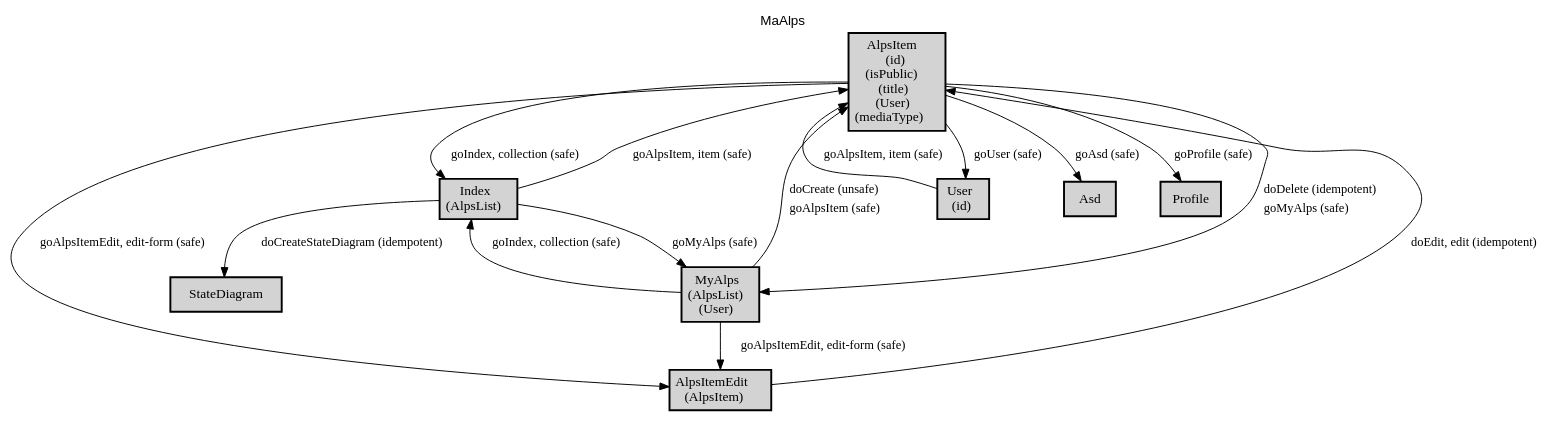
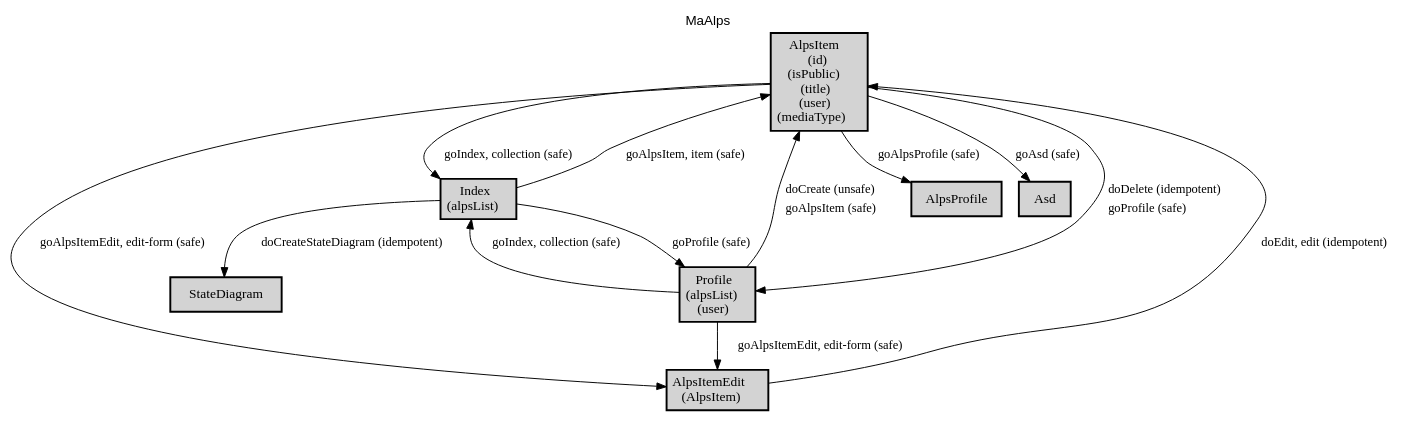
The diagram in docs/profile.dot (ma-alps/spec), drawn with Graphviz before and after one commit. The commit also changed 13 other files, not shown here.

```diff
--- a/docs/profile.dot
+++ b/docs/profile.dot
@@ -1,35 +1,32 @@
 digraph application_state_diagram {
   graph [
     labelloc="t";
     fontname="Helvetica"
     label="MaAlps";
     URL="index.html" target="_parent"
   ];
   node [shape = box, style = "bold,filled" fillcolor="lightgray"];
 
-    AlpsItem [margin=0.02, label=<<table cellspacing="0" cellpadding="5" border="0"><tr><td>AlpsItem<br />(id)<br />(isPublic)<br />(title)<br />(User)<br />(mediaType)<br /></td></tr></table>>,shape=box URL="docs/semantic.AlpsItem.html" target="_parent"]
+    AlpsItem [margin=0.02, label=<<table cellspacing="0" cellpadding="5" border="0"><tr><td>AlpsItem<br />(id)<br />(isPublic)<br />(title)<br />(user)<br />(mediaType)<br /></td></tr></table>>,shape=box URL="docs/semantic.AlpsItem.html" target="_parent"]
     AlpsItemEdit [margin=0.02, label=<<table cellspacing="0" cellpadding="5" border="0"><tr><td>AlpsItemEdit<br />(AlpsItem)<br /></td></tr></table>>,shape=box URL="docs/semantic.AlpsItemEdit.html" target="_parent"]
-    Index [margin=0.02, label=<<table cellspacing="0" cellpadding="5" border="0"><tr><td>Index<br />(AlpsList)<br /></td></tr></table>>,shape=box URL="docs/semantic.Index.html" target="_parent"]
-    MyAlps [margin=0.02, label=<<table cellspacing="0" cellpadding="5" border="0"><tr><td>MyAlps<br />(AlpsList)<br />(User)<br /></td></tr></table>>,shape=box URL="docs/semantic.MyAlps.html" target="_parent"]
-    User [margin=0.02, label=<<table cellspacing="0" cellpadding="5" border="0"><tr><td>User<br />(id)<br /></td></tr></table>>,shape=box URL="docs/semantic.User.html" target="_parent"]
+    Index [margin=0.02, label=<<table cellspacing="0" cellpadding="5" border="0"><tr><td>Index<br />(alpsList)<br /></td></tr></table>>,shape=box URL="docs/semantic.Index.html" target="_parent"]
+    Profile [margin=0.02, label=<<table cellspacing="0" cellpadding="5" border="0"><tr><td>Profile<br />(alpsList)<br />(user)<br /></td></tr></table>>,shape=box URL="docs/semantic.Profile.html" target="_parent"]
 
     AlpsItem -> AlpsItemEdit [label = "goAlpsItemEdit, edit-form (safe)" URL="docs/safe.goAlpsItemEdit.html" target="_parent" fontsize=13];
+    AlpsItem -> AlpsProfile [label = "goAlpsProfile (safe)" URL="docs/safe.goAlpsProfile.html" target="_parent" fontsize=13];
     AlpsItem -> Asd [label = "goAsd (safe)" URL="docs/safe.goAsd.html" target="_parent" fontsize=13];
     AlpsItem -> Index [label = "goIndex, collection (safe)" URL="docs/safe.goIndex.html" target="_parent" fontsize=13];
-    AlpsItem -> MyAlps [label=<<table  border="0"><tr><td align="left" href="docs/idempotent.doDelete.html">doDelete (idempotent)</td></tr><tr><td align="left" href="docs/safe.goMyAlps.html">goMyAlps (safe)</td></tr></table>> fontsize=13];
-    AlpsItem -> Profile [label = "goProfile (safe)" URL="docs/safe.goProfile.html" target="_parent" fontsize=13];
-    AlpsItem -> User [label = "goUser (safe)" URL="docs/safe.goUser.html" target="_parent" fontsize=13];
+    AlpsItem -> Profile [label=<<table  border="0"><tr><td align="left" href="docs/idempotent.doDelete.html">doDelete (idempotent)</td></tr><tr><td align="left" href="docs/safe.goProfile.html">goProfile (safe)</td></tr></table>> fontsize=13];
     AlpsItemEdit -> AlpsItem [label = "doEdit, edit (idempotent)" URL="docs/idempotent.doEdit.html" target="_parent" fontsize=13];
     Index -> AlpsItem [label = "goAlpsItem, item (safe)" URL="docs/safe.goAlpsItem.html" target="_parent" fontsize=13];
-    Index -> MyAlps [label = "goMyAlps (safe)" URL="docs/safe.goMyAlps.html" target="_parent" fontsize=13];
+    Index -> Profile [label = "goProfile (safe)" URL="docs/safe.goProfile.html" target="_parent" fontsize=13];
     Index -> StateDiagram [label = "doCreateStateDiagram (idempotent)" URL="docs/idempotent.doCreateStateDiagram.html" target="_parent" fontsize=13];
-    MyAlps -> AlpsItem [label=<<table  border="0"><tr><td align="left" href="docs/unsafe.doCreate.html">doCreate (unsafe)</td></tr><tr><td align="left" href="docs/safe.goAlpsItem.html">goAlpsItem (safe)</td></tr></table>> fontsize=13];
-    MyAlps -> AlpsItemEdit [label = "goAlpsItemEdit, edit-form (safe)" URL="docs/safe.goAlpsItemEdit.html" target="_parent" fontsize=13];
-    MyAlps -> Index [label = "goIndex, collection (safe)" URL="docs/safe.goIndex.html" target="_parent" fontsize=13];
-    User -> AlpsItem [label = "goAlpsItem, item (safe)" URL="docs/safe.goAlpsItem.html" target="_parent" fontsize=13];
+    Profile -> AlpsItem [label=<<table  border="0"><tr><td align="left" href="docs/unsafe.doCreate.html">doCreate (unsafe)</td></tr><tr><td align="left" href="docs/safe.goAlpsItem.html">goAlpsItem (safe)</td></tr></table>> fontsize=13];
+    Profile -> AlpsItemEdit [label = "goAlpsItemEdit, edit-form (safe)" URL="docs/safe.goAlpsItemEdit.html" target="_parent" fontsize=13];
+    Profile -> Index [label = "goIndex, collection (safe)" URL="docs/safe.goIndex.html" target="_parent" fontsize=13];
 
+    AlpsProfile [URL="docs/semantic.AlpsProfile.html" target="_parent"]
     Asd [URL="docs/semantic.Asd.html" target="_parent"]
-    Profile [URL="docs/semantic.Profile.html" target="_parent"]
     StateDiagram [URL="docs/semantic.StateDiagram.html" target="_parent"]
 
 }
```
